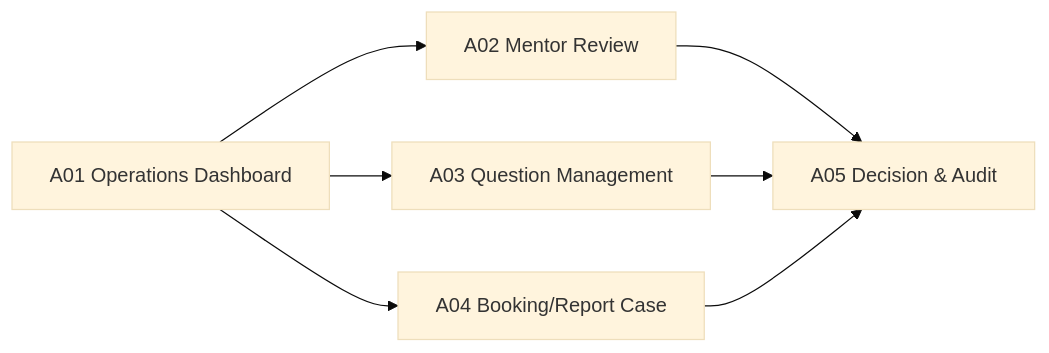
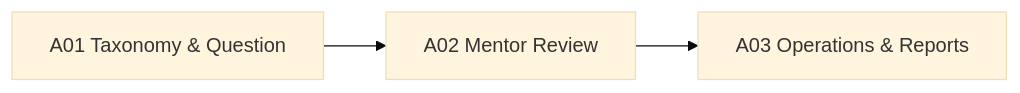
The third of 3 diagrams in docs/Project_Prototype/Prototype_Workflow.md (tnnhuaa/InterviewQuestionBank), drawn with Mermaid (base theme) before and after one commit. The commit also changed other lines of this file and 8 other files, not shown here.

````diff
--- a/docs/Project_Prototype/Prototype_Workflow.md
+++ b/docs/Project_Prototype/Prototype_Workflow.md
@@ -170,9 +116,5 @@
 ```mermaid
 flowchart LR
-    A01["A01 Operations Dashboard"] --> A02["A02 Mentor Review"]
-    A01 --> A03["A03 Question Management"]
-    A01 --> A04["A04 Booking/Report Case"]
-    A02 --> A05["A05 Decision & Audit"]
-    A03 --> A05
-    A04 --> A05
+    A01["A01 Taxonomy & Question"] --> A02["A02 Mentor Review"]
+    A02 --> A03["A03 Operations & Reports"]
 ```
````
